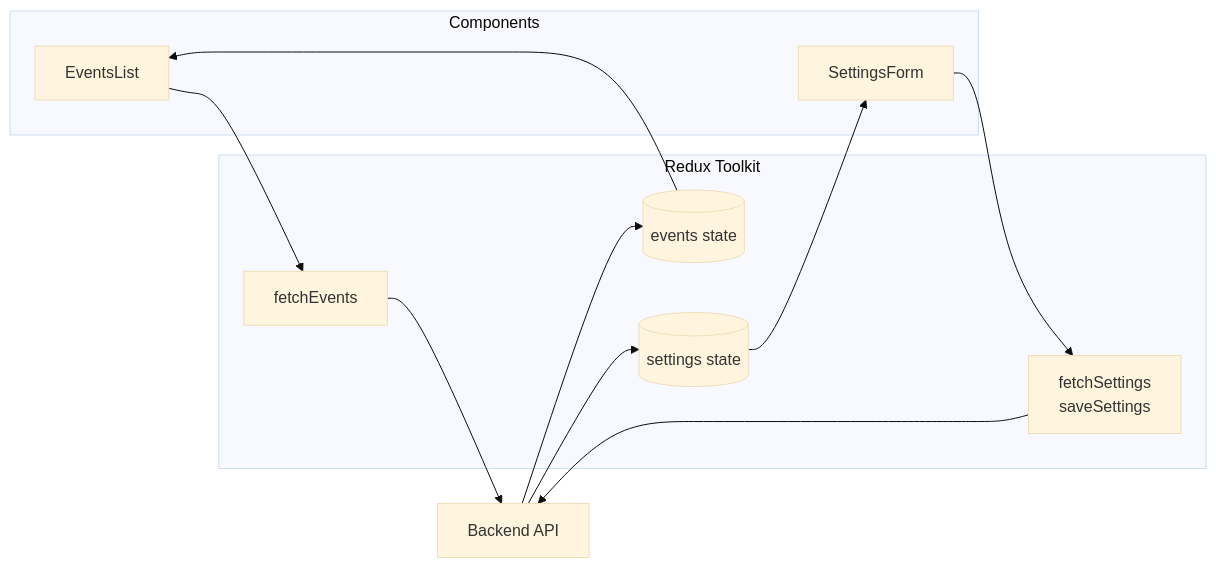
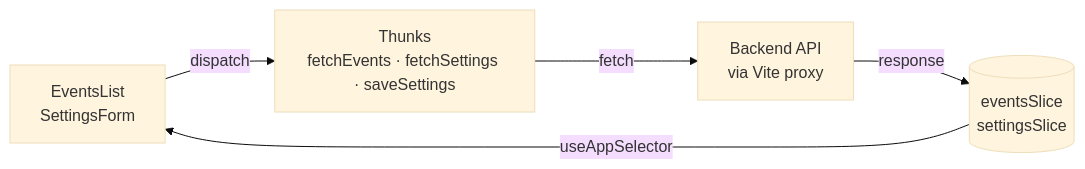
One commit to davideliaspalacio/st-hiring-frontend changed the diagram in README.md. Above: the diagram before and after it, drawn with Mermaid (base theme).

Commit message:
docs: simplify the data flow diagram
The per-feature version routed both lanes through a shared API node, which laid
out with crossing edges and pushed one thunk node outside its subgraph. A single
dispatch to render cycle says the same thing and stays readable, since the
sections above already describe each feature.

````diff
--- a/README.md
+++ b/README.md
@@ -70,21 +70,12 @@
 ```mermaid
 flowchart LR
-  subgraph ui["Components"]
-    el["EventsList"]
-    sf["SettingsForm"]
-  end
+  ui["EventsList<br/>SettingsForm"]
+  thunk["Thunks<br/>fetchEvents · fetchSettings · saveSettings"]
+  api["Backend API<br/>via Vite proxy"]
+  slice[("eventsSlice<br/>settingsSlice")]
 
-  subgraph rtk["Redux Toolkit"]
-    et["fetchEvents"]
-    st["fetchSettings<br/>saveSettings"]
-    es[("events state")]
-    ss[("settings state")]
-  end
-
-  api["Backend API"]
-
-  el --> et --> api
-  api --> es --> el
-  sf --> st --> api
-  api --> ss --> sf
+  ui -->|"dispatch"| thunk
+  thunk -->|"fetch"| api
+  api -->|"response"| slice
+  slice -->|"useAppSelector"| ui
 ```
````
